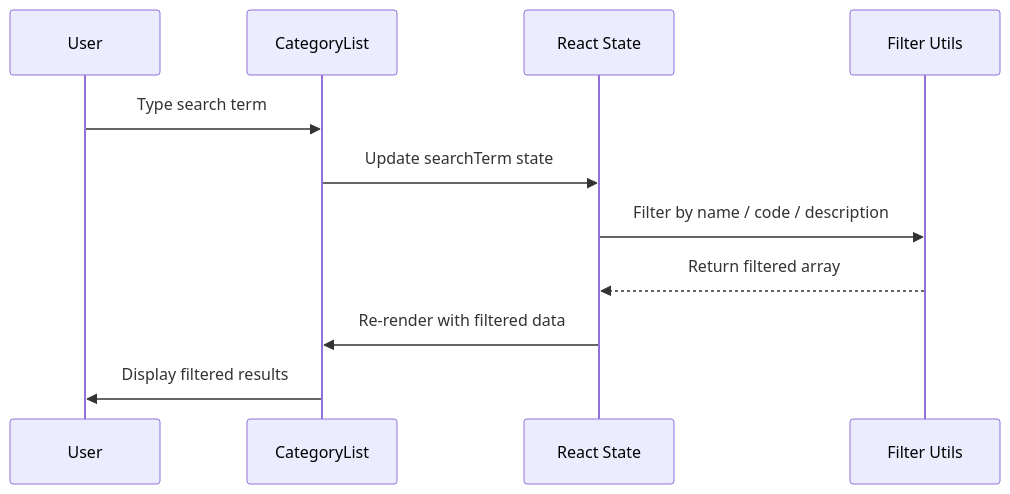
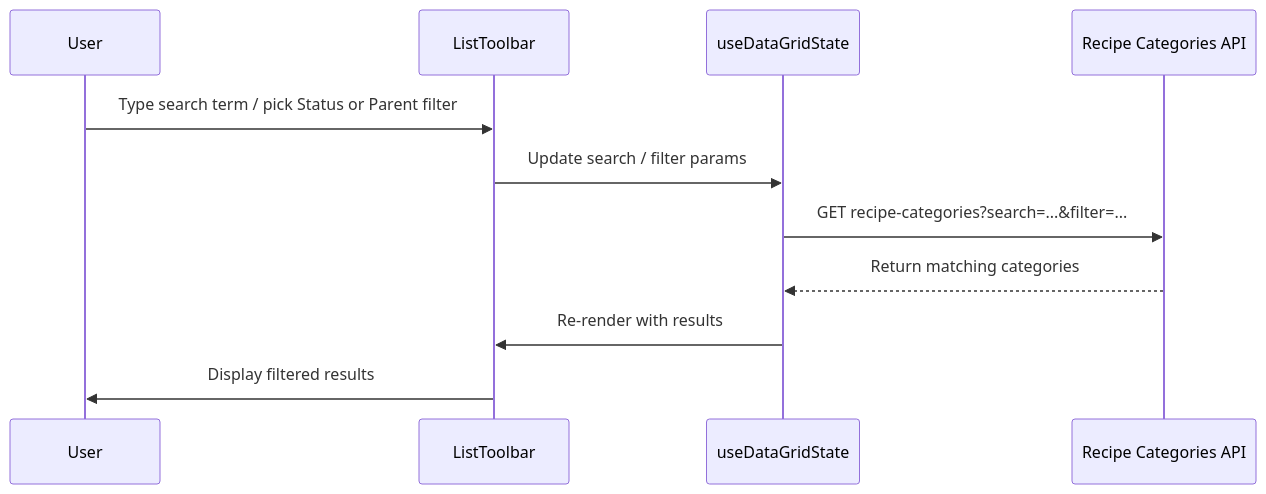
Before and after one commit to CarmenSoftware-organization/carmen-wiki: the second of 2 diagrams in en/inventory/recipe/category.md, drawn with Mermaid. The commit also changed other lines of this file and 20 other files, not shown here.

Commit message:
fix(product,master-data,recipe): correct 13 diagrams against code, drop disabled-export diagram (review round 1)

````diff
--- a/en/inventory/recipe/category.md
+++ b/en/inventory/recipe/category.md
@@ -51,14 +51,14 @@
 ```mermaid
 sequenceDiagram
     participant U as User
-    participant UI as CategoryList
-    participant State as React State
-    participant Utils as Filter Utils
+    participant UI as ListToolbar
+    participant State as useDataGridState
+    participant API as Recipe Categories API
 
-    U->>UI: Type search term
-    UI->>State: Update searchTerm state
-    State->>Utils: Filter by name / code / description
-    Utils-->>State: Return filtered array
-    State->>UI: Re-render with filtered data
+    U->>UI: Type search term / pick Status or Parent filter
+    UI->>State: Update search / filter params
+    State->>API: GET recipe-categories?search=...&filter=...
+    API-->>State: Return matching categories
+    State->>UI: Re-render with results
     UI->>U: Display filtered results
 ```
````
